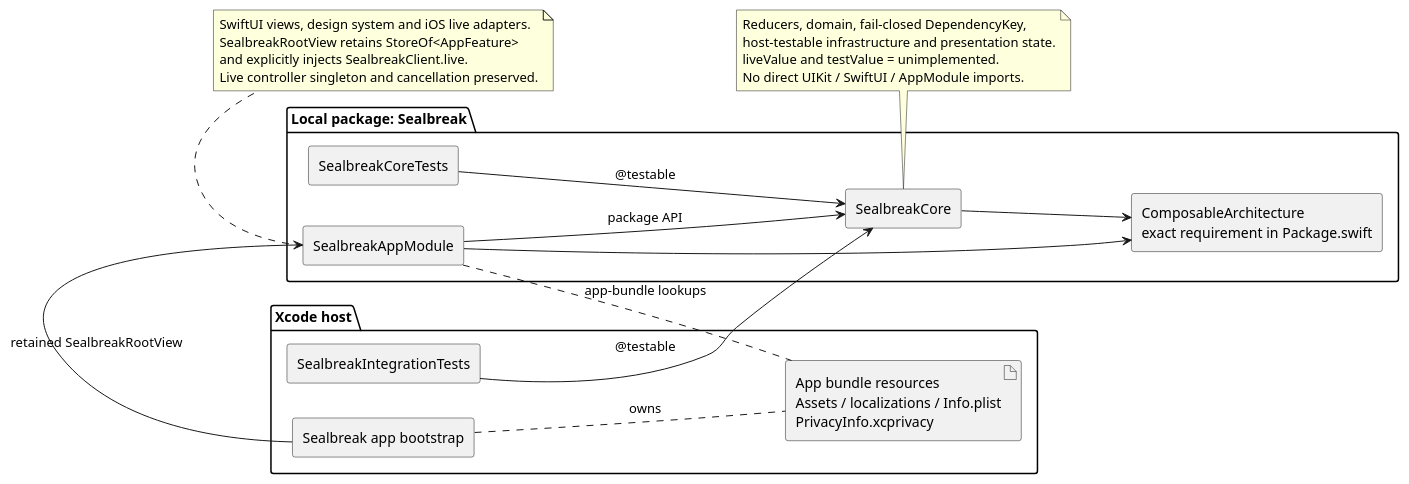
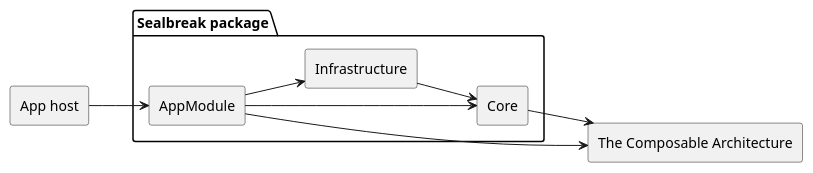
One commit to GeorgesAlkhouri/sealbreak changed the diagram in docs/architecture-modules.puml. Above: the diagram before and after it, drawn with PlantUML. The commit also changed 18 other files, not shown here.

Commit message:
refactor(arch): 🧩 Separate infrastructure adapters

```diff
--- a/docs/architecture-modules.puml
+++ b/docs/architecture-modules.puml
@@ -1,38 +1,21 @@
 @startuml
 left to right direction
 skinparam componentStyle rectangle
 
-package "Xcode host" {
-  component "Sealbreak app bootstrap" as Host
-  artifact "App bundle resources\nAssets / localizations / Info.plist\nPrivacyInfo.xcprivacy" as Resources
-  component "SealbreakIntegrationTests" as IntegrationTests
-}
-package "Local package: Sealbreak" {
-  component SealbreakAppModule as AppModule
-  component SealbreakCore as Core
-  component SealbreakCoreTests as CoreTests
-  component "ComposableArchitecture\nexact requirement in Package.swift" as TCA
+component "App host" as Host
+
+package "Sealbreak package" {
+  component "Core" as Core
+  component "Infrastructure" as Infrastructure
+  component "AppModule" as AppModule
 }
 
-Host --> AppModule : retained SealbreakRootView
-Host .. Resources : owns
-AppModule --> Core : package API
+component "The Composable Architecture" as TCA
+
+Host --> AppModule
+Infrastructure --> Core
+AppModule --> Core
+AppModule --> Infrastructure
+Core --> TCA
 AppModule --> TCA
-Core --> TCA
-CoreTests --> Core : @testable
-IntegrationTests --> Core : @testable
-AppModule .. Resources : app-bundle lookups
-
-note bottom of Core
-  Reducers, domain, fail-closed DependencyKey,
-  host-testable infrastructure and presentation state.
-  liveValue and testValue = unimplemented.
-  No direct UIKit / SwiftUI / AppModule imports.
-end note
-note bottom of AppModule
-  SwiftUI views, design system and iOS live adapters.
-  SealbreakRootView retains StoreOf<AppFeature>
-  and explicitly injects SealbreakClient.live.
-  Live controller singleton and cancellation preserved.
-end note
 @enduml
```
